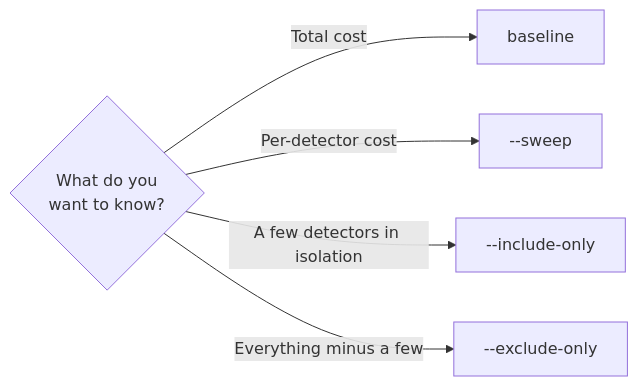
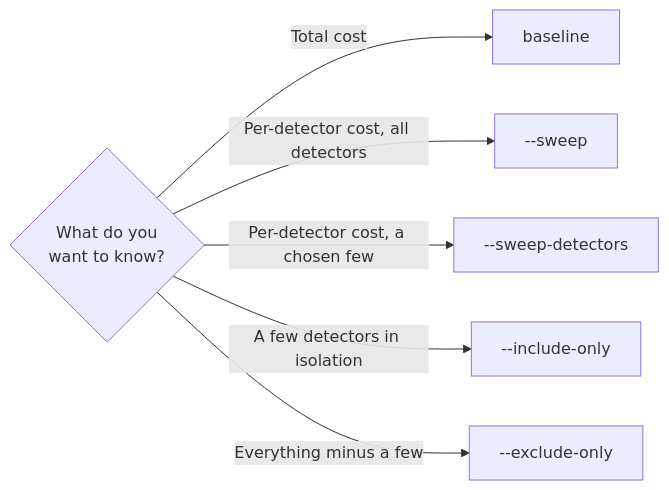
The diagram in docs/user-guide/features/sweep-modes.md (key4hep/k4Bench), drawn with Mermaid before and after one commit. The commit also changed other lines of this file and 22 other files, not shown here.

Commit message:
Add --sweep-detectors for partial sweeps over a detector subset (#69)

````diff
--- a/docs/user-guide/features/sweep-modes.md
+++ b/docs/user-guide/features/sweep-modes.md
@@ -18,7 +19,8 @@
 ```mermaid
 flowchart LR
     Q{What do you<br/>want to know?} -->|Total cost| BASE[baseline]
-    Q -->|Per-detector cost| FULL["--sweep"]
+    Q -->|Per-detector cost, all detectors| FULL["--sweep"]
+    Q -->|Per-detector cost, a chosen few| PART["--sweep-detectors"]
     Q -->|A few detectors in isolation| INC["--include-only"]
     Q -->|Everything minus a few| EXC["--exclude-only"]
 ```
````
